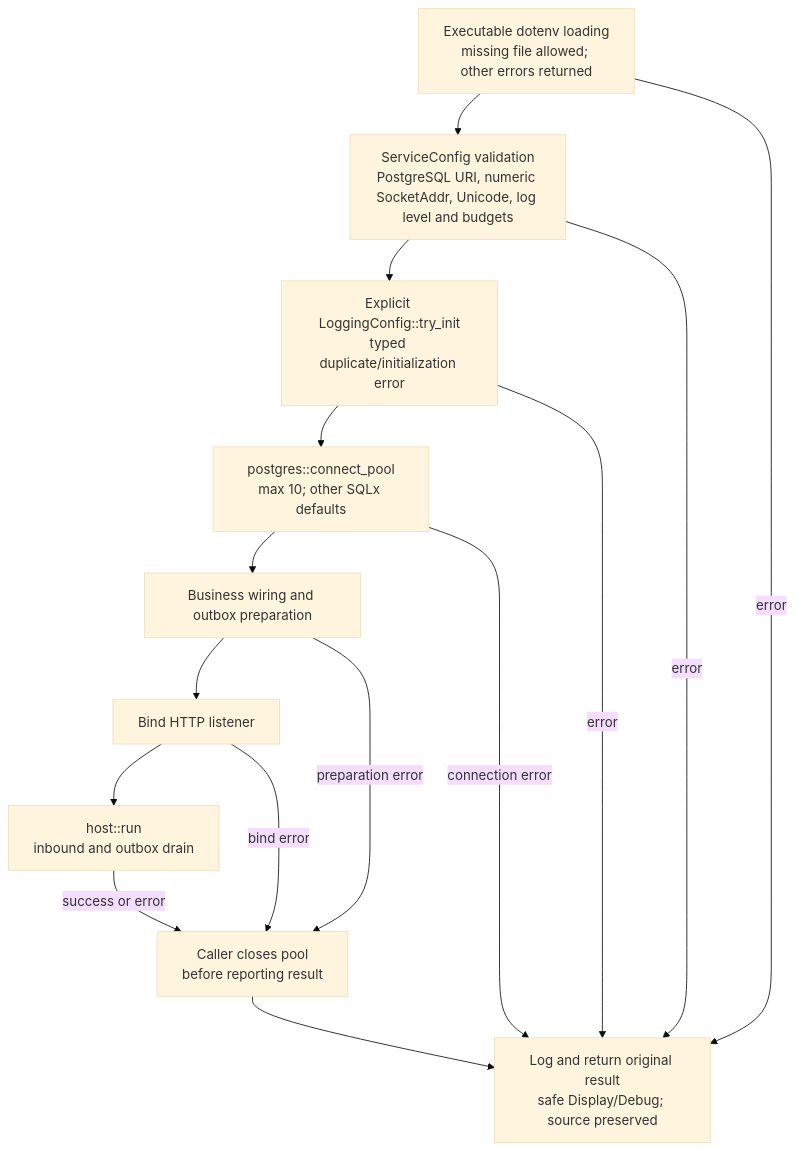
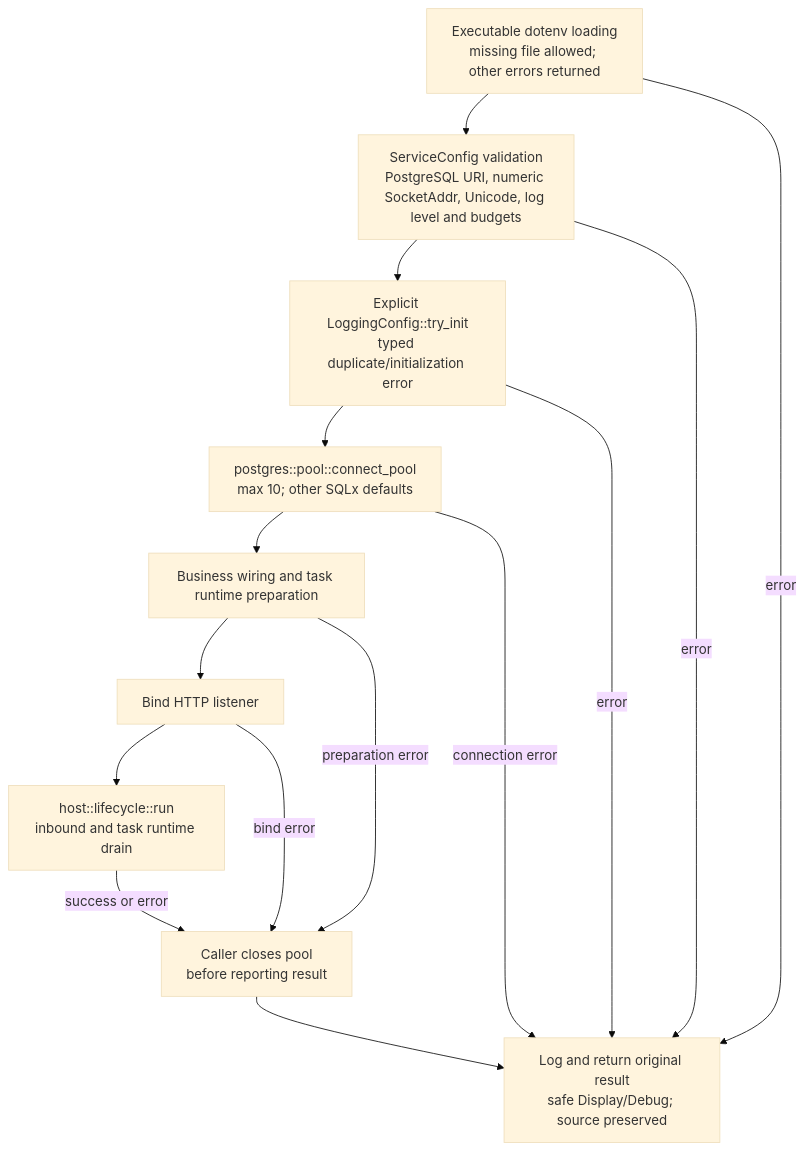
One commit to akozel/account-management-service changed the second of 4 diagrams in cqrs-runtime/doc/architecture.md. Above: the diagram before and after it, drawn with Mermaid (base theme). The commit also changed other lines of this file and 134 other files, not shown here.

````diff
--- a/cqrs-runtime/doc/architecture.md
+++ b/cqrs-runtime/doc/architecture.md
@@ -133,17 +136,17 @@
 ```mermaid
 flowchart TD
     Env["Executable dotenv loading<br/>missing file allowed; other errors returned"] --> Config["ServiceConfig validation<br/>PostgreSQL URI, numeric SocketAddr, Unicode, log level and budgets"]
     Config --> Logger["Explicit LoggingConfig::try_init<br/>typed duplicate/initialization error"]
-    Logger --> Pool["postgres::connect_pool<br/>max 10; other SQLx defaults"]
-    Pool --> Wiring["Business wiring and outbox preparation"]
+    Logger --> Pool["postgres::pool::connect_pool<br/>max 10; other SQLx defaults"]
+    Pool --> Wiring["Business wiring and task runtime preparation"]
     Wiring --> Bind["Bind HTTP listener"]
-    Bind --> Host["host::run<br/>inbound and outbox drain"]
+    Bind --> Host["host::lifecycle::run<br/>inbound and task runtime drain"]
     Wiring -->|"preparation error"| Close["Caller closes pool<br/>before reporting result"]
     Bind -->|"bind error"| Close
     Host -->|"success or error"| Close
     Close --> Report["Log and return original result<br/>safe Display/Debug; source preserved"]
     Env -->|"error"| Report
     Config -->|"error"| Report
     Logger -->|"error"| Report
     Pool -->|"connection error"| Report
 ```
````
